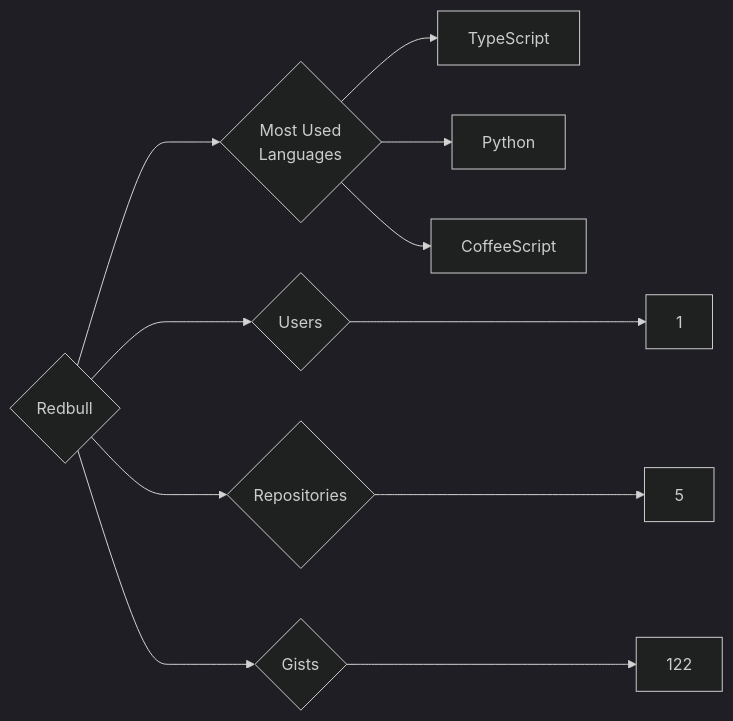
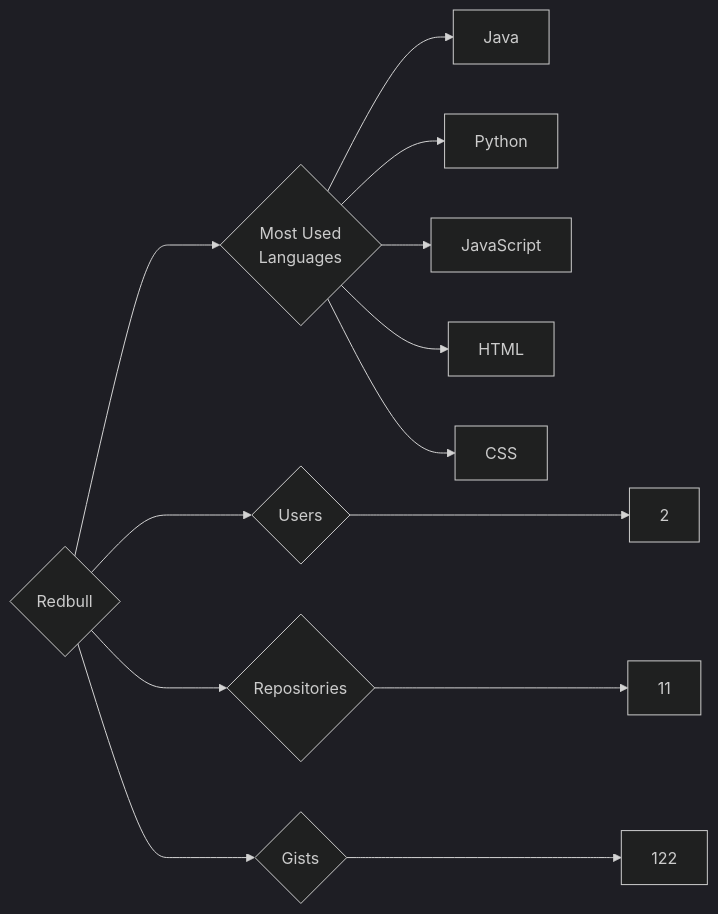
One commit to trickest/insiders changed the diagram in targets/Redbull/README.md. Above: the diagram before and after it, drawn with Mermaid (dark theme). The commit also changed 815 other files, not shown here.

````diff
--- a/targets/Redbull/README.md
+++ b/targets/Redbull/README.md
@@ -3,11 +3,13 @@
 ```mermaid
 graph LR
 COMPANY_NAME{Redbull}
-COMPANY_NAME ---> U{Users} ---> UN[1]
-COMPANY_NAME ---> R{Repositories} ---> RN[5]
+COMPANY_NAME ---> U{Users} ---> UN[2]
+COMPANY_NAME ---> R{Repositories} ---> RN[11]
 COMPANY_NAME ---> G{Gists} ---> GN[122]
 COMPANY_NAME ---> ML{Most Used<br>Languages}
-ML --> TypeScript[TypeScript]
+ML --> Java[Java]
 ML --> Python[Python]
-ML --> CoffeeScript[CoffeeScript]
+ML --> JavaScript[JavaScript]
+ML --> HTML[HTML]
+ML --> CSS[CSS]
 ```
````
